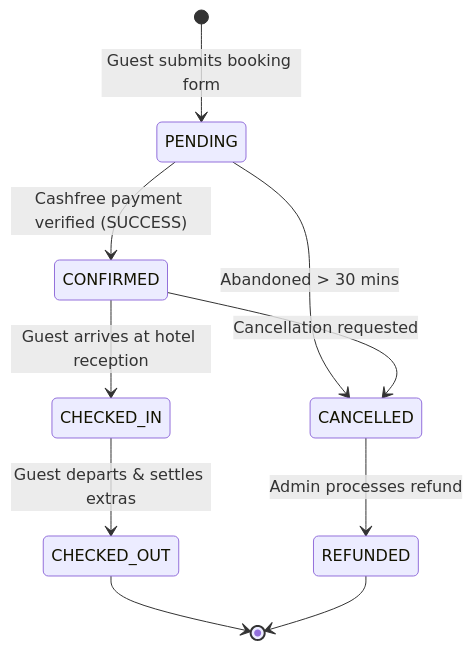
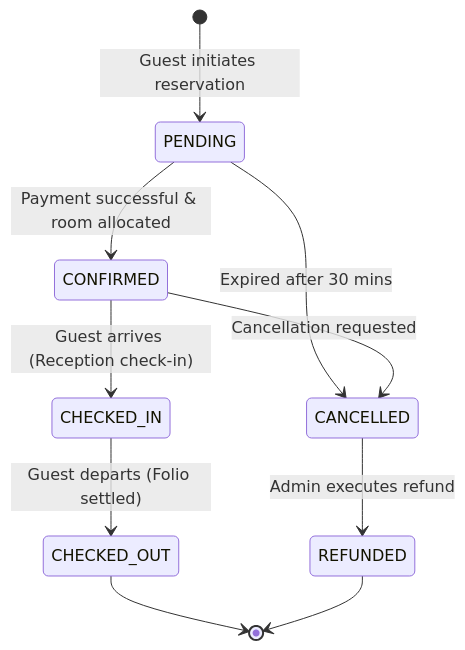
Before and after one commit to Mrinal98-py/hotelrajhansinternational: the third of 4 diagrams in HOTEL_HMS_ARCHITECTURE_AND_BUSINESS_LOGIC.md, drawn with Mermaid. The commit also changed other lines of this file, not shown here.

Commit message:
docs: update HMS architecture and business logic to v0.2.0 structure

````diff
--- a/HOTEL_HMS_ARCHITECTURE_AND_BUSINESS_LOGIC.md
+++ b/HOTEL_HMS_ARCHITECTURE_AND_BUSINESS_LOGIC.md
@@ -304,12 +429,12 @@
 ```mermaid
 stateDiagram-v2
-    [*] --> PENDING: Guest submits booking form
-    PENDING --> CANCELLED: Abandoned > 30 mins
-    PENDING --> CONFIRMED: Cashfree payment verified (SUCCESS)
-    CONFIRMED --> CHECKED_IN: Guest arrives at hotel reception
-    CHECKED_IN --> CHECKED_OUT: Guest departs & settles extras
+    [*] --> PENDING: Guest initiates reservation
+    PENDING --> CANCELLED: Expired after 30 mins
+    PENDING --> CONFIRMED: Payment successful & room allocated
+    CONFIRMED --> CHECKED_IN: Guest arrives (Reception check-in)
+    CHECKED_IN --> CHECKED_OUT: Guest departs (Folio settled)
     CONFIRMED --> CANCELLED: Cancellation requested
-    CANCELLED --> REFUNDED: Admin processes refund
+    CANCELLED --> REFUNDED: Admin executes refund
     CHECKED_OUT --> [*]
     REFUNDED --> [*]
 ```
````
